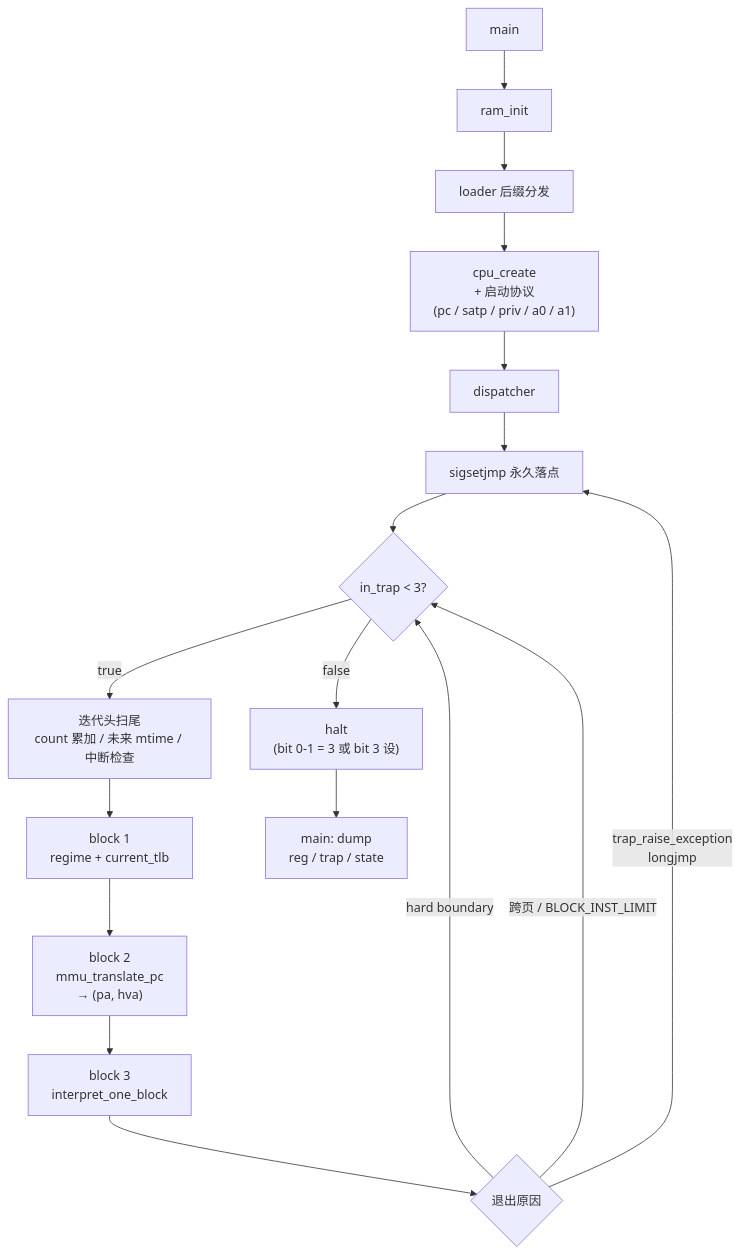
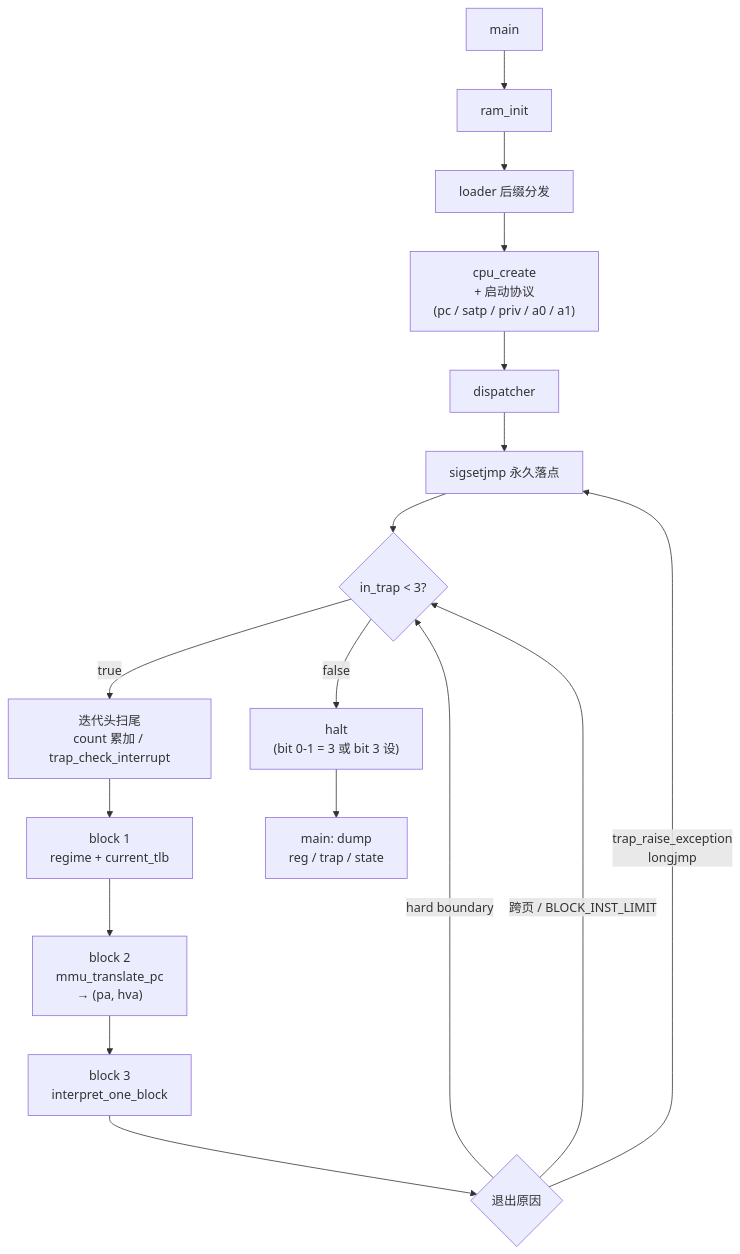
Before and after one commit to LiuJiLan/riscv-jit-emulator: the third of 5 diagrams in README.md, drawn with Mermaid. The commit also changed other lines of this file and 51 other files, not shown here.

````diff
--- a/README.md
+++ b/README.md
@@ -334,19 +334,19 @@
 ```mermaid
 graph TD
     Main[main] --> Ram[ram_init]
     Ram --> Loader[loader 后缀分发]
     Loader --> Cpu["cpu_create<br/>+ 启动协议<br/>(pc / satp / priv / a0 / a1)"]
     Cpu --> Disp[dispatcher]
     Disp --> Sj[sigsetjmp 永久落点]
     Sj --> Wh{"in_trap < 3?"}
-    Wh -->|true| Hd["迭代头扫尾<br/>count 累加 / 未来 mtime / 中断检查"]
+    Wh -->|true| Hd["迭代头扫尾<br/>count 累加 / trap_check_interrupt"]
     Hd --> B1["block 1<br/>regime + current_tlb"]
     B1 --> B2["block 2<br/>mmu_translate_pc<br/>→ (pa, hva)"]
     B2 --> B3["block 3<br/>interpret_one_block"]
     B3 --> Ek{退出原因}
     Ek -->|hard boundary| Wh
     Ek -->|跨页 / BLOCK_INST_LIMIT| Wh
     Ek -->|trap_raise_exception<br/>longjmp| Sj
     Wh -->|false| Halt["halt<br/>(bit 0-1 = 3 或 bit 3 设)"]
     Halt --> Dump["main: dump<br/>reg / trap / state"]
 ```
````
